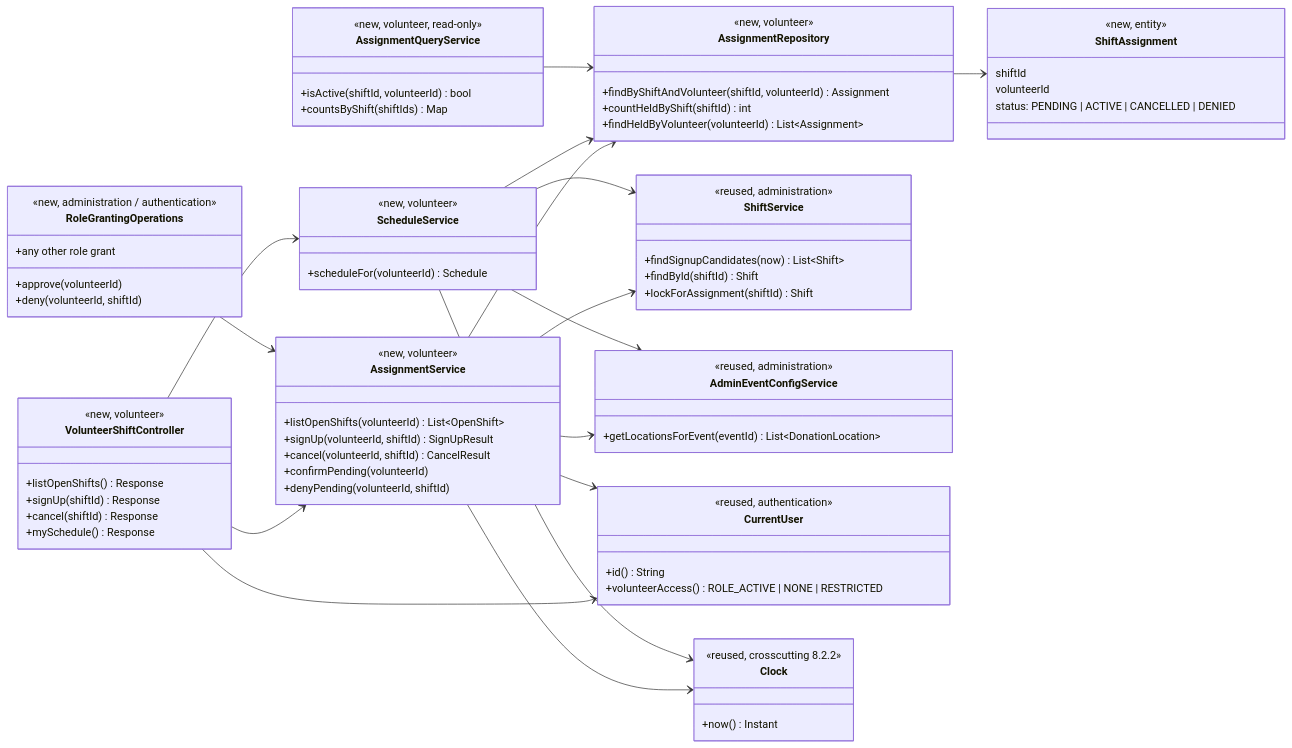
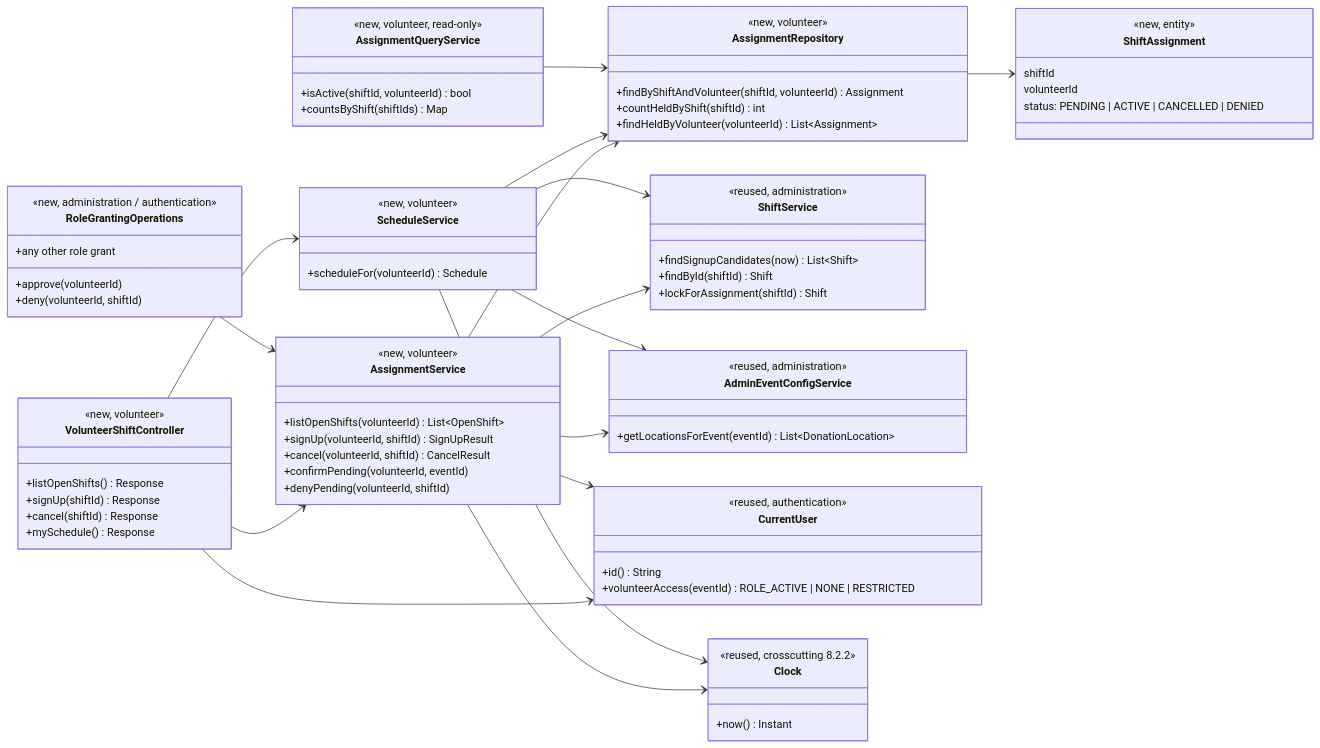
The first of 6 diagrams in docs/design/vol.md (evelyntrann/cosc-40943-team-3-refrog), drawn with Mermaid before and after one commit. The commit also changed other lines of this file, not shown here.

````diff
--- a/docs/design/vol.md
+++ b/docs/design/vol.md
@@ -55,80 +55,80 @@
 ```mermaid
 classDiagram
     direction LR
     class VolunteerShiftController {
         <<new, volunteer>>
         +listOpenShifts() Response
         +signUp(shiftId) Response
         +cancel(shiftId) Response
         +mySchedule() Response
     }
     class AssignmentService {
         <<new, volunteer>>
         +listOpenShifts(volunteerId) List~OpenShift~
         +signUp(volunteerId, shiftId) SignUpResult
         +cancel(volunteerId, shiftId) CancelResult
-        +confirmPending(volunteerId)
+        +confirmPending(volunteerId, eventId)
         +denyPending(volunteerId, shiftId)
     }
     class RoleGrantingOperations {
         <<new, administration / authentication>>
         +approve(volunteerId)
         +deny(volunteerId, shiftId)
         +any other role grant
     }
     class ScheduleService {
         <<new, volunteer>>
         +scheduleFor(volunteerId) Schedule
     }
     class AssignmentRepository {
         <<new, volunteer>>
         +findByShiftAndVolunteer(shiftId, volunteerId) Assignment
         +countHeldByShift(shiftId) int
         +findHeldByVolunteer(volunteerId) List~Assignment~
     }
     class AssignmentQueryService {
         <<new, volunteer, read-only>>
         +isActive(shiftId, volunteerId) bool
         +countsByShift(shiftIds) Map
     }
     class ShiftAssignment {
         <<new, entity>>
         shiftId
         volunteerId
         status: PENDING | ACTIVE | CANCELLED | DENIED
     }
     class ShiftService {
         <<reused, administration>>
         +findSignupCandidates(now) List~Shift~
         +findById(shiftId) Shift
         +lockForAssignment(shiftId) Shift
     }
     class AdminEventConfigService {
         <<reused, administration>>
         +getLocationsForEvent(eventId) List~DonationLocation~
     }
     class CurrentUser {
         <<reused, authentication>>
         +id() String
-        +volunteerAccess() ROLE_ACTIVE | NONE | RESTRICTED
+        +volunteerAccess(eventId) ROLE_ACTIVE | NONE | RESTRICTED
     }
     class Clock {
         <<reused, crosscutting 8.2.2>>
         +now() Instant
     }
     VolunteerShiftController --> AssignmentService
     VolunteerShiftController --> ScheduleService
     VolunteerShiftController --> CurrentUser
     AssignmentService --> AssignmentRepository
     AssignmentService --> ShiftService
     AssignmentService --> AdminEventConfigService
     AssignmentService --> CurrentUser
     AssignmentService --> Clock
     ScheduleService --> AssignmentRepository
     ScheduleService --> ShiftService
     ScheduleService --> AdminEventConfigService
     ScheduleService --> Clock
     AssignmentQueryService --> AssignmentRepository
     AssignmentRepository --> ShiftAssignment
     RoleGrantingOperations --> AssignmentService
 ```
````
